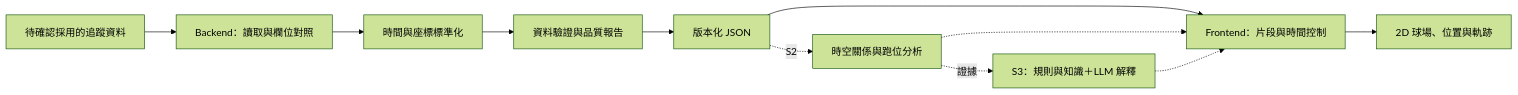
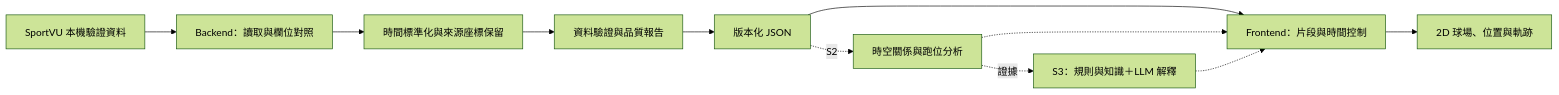
One commit to alex520623/basketball-tactics changed the diagram in docs/architecture.md. Above: the diagram before and after it, drawn with Mermaid (forest theme). The commit also changed other lines of this file and 13 other files, not shown here.

Commit message:
feat: export SportVU events as S1 backend JSON

````diff
--- a/docs/architecture.md
+++ b/docs/architecture.md
@@ -14,13 +14,13 @@
 ```mermaid
 flowchart LR
-    A[待確認採用的追蹤資料] --> B[Backend：讀取與欄位對照]
-    B --> C[時間與座標標準化]
+    A[SportVU 本機驗證資料] --> B[Backend：讀取與欄位對照]
+    B --> C[時間標準化與來源座標保留]
     C --> D[資料驗證與品質報告]
     D --> E[版本化 JSON]
     E --> F[Frontend：片段與時間控制]
     F --> G[2D 球場、位置與軌跡]
     E -. S2 .-> H[時空關係與跑位分析]
     H -. 證據 .-> I[S3：規則與知識＋LLM 解釋]
     H -.-> F
     I -.-> F
 ```
````
